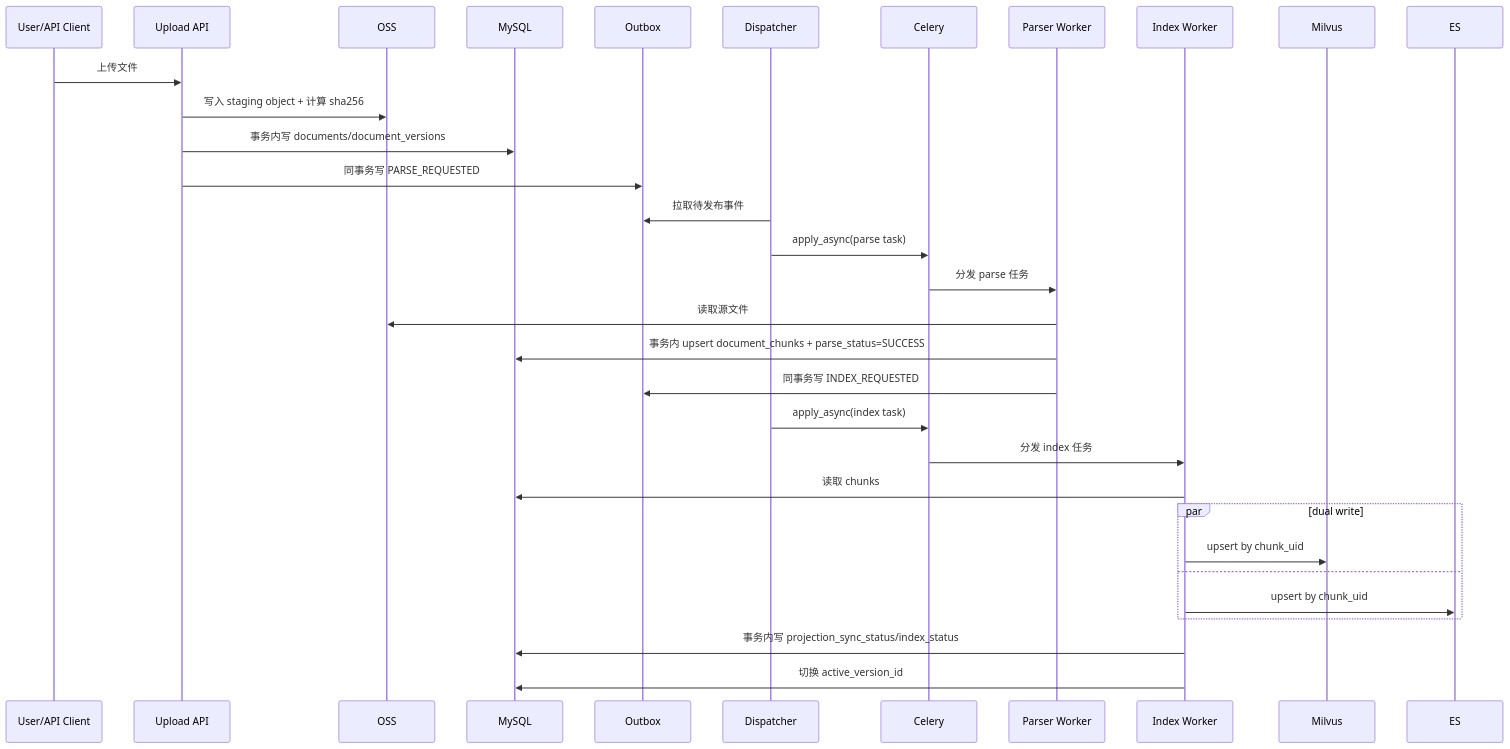
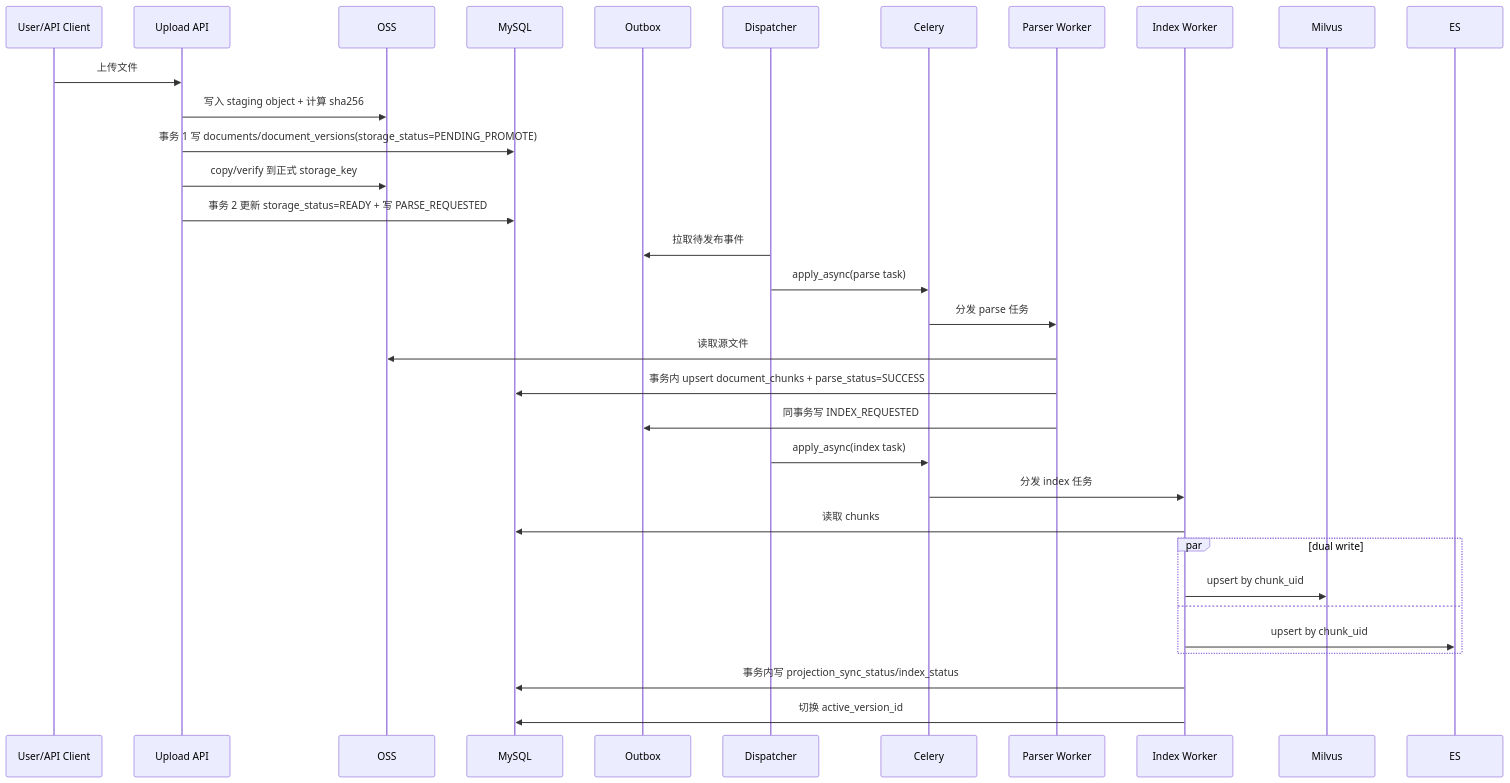
The first of 5 diagrams in src/learning_common_lib/案例/实现AgenticRAG数据库管理/架构设计规划.md (kkk935208447/learning_common_lib), drawn with Mermaid before and after one commit. The commit also changed other lines of this file and 2 other files, not shown here.

````diff
--- a/src/learning_common_lib/案例/实现AgenticRAG数据库管理/架构设计规划.md
+++ b/src/learning_common_lib/案例/实现AgenticRAG数据库管理/架构设计规划.md
@@ -375,35 +393,36 @@
 ```mermaid
 sequenceDiagram
     participant U as User/API Client
     participant A as Upload API
     participant O as OSS
     participant M as MySQL
     participant X as Outbox
     participant D as Dispatcher
     participant C as Celery
     participant P as Parser Worker
     participant I as Index Worker
     participant V as Milvus
     participant E as ES
 
     U->>A: 上传文件
     A->>O: 写入 staging object + 计算 sha256
-    A->>M: 事务内写 documents/document_versions
-    A->>X: 同事务写 PARSE_REQUESTED
+    A->>M: 事务 1 写 documents/document_versions(storage_status=PENDING_PROMOTE)
+    A->>O: copy/verify 到正式 storage_key
+    A->>M: 事务 2 更新 storage_status=READY + 写 PARSE_REQUESTED
     D->>X: 拉取待发布事件
     D->>C: apply_async(parse task)
     C->>P: 分发 parse 任务
     P->>O: 读取源文件
     P->>M: 事务内 upsert document_chunks + parse_status=SUCCESS
     P->>X: 同事务写 INDEX_REQUESTED
     D->>C: apply_async(index task)
     C->>I: 分发 index 任务
     I->>M: 读取 chunks
     par dual write
         I->>V: upsert by chunk_uid
     and
         I->>E: upsert by chunk_uid
     end
     I->>M: 事务内写 projection_sync_status/index_status
     I->>M: 切换 active_version_id
 ```
````
